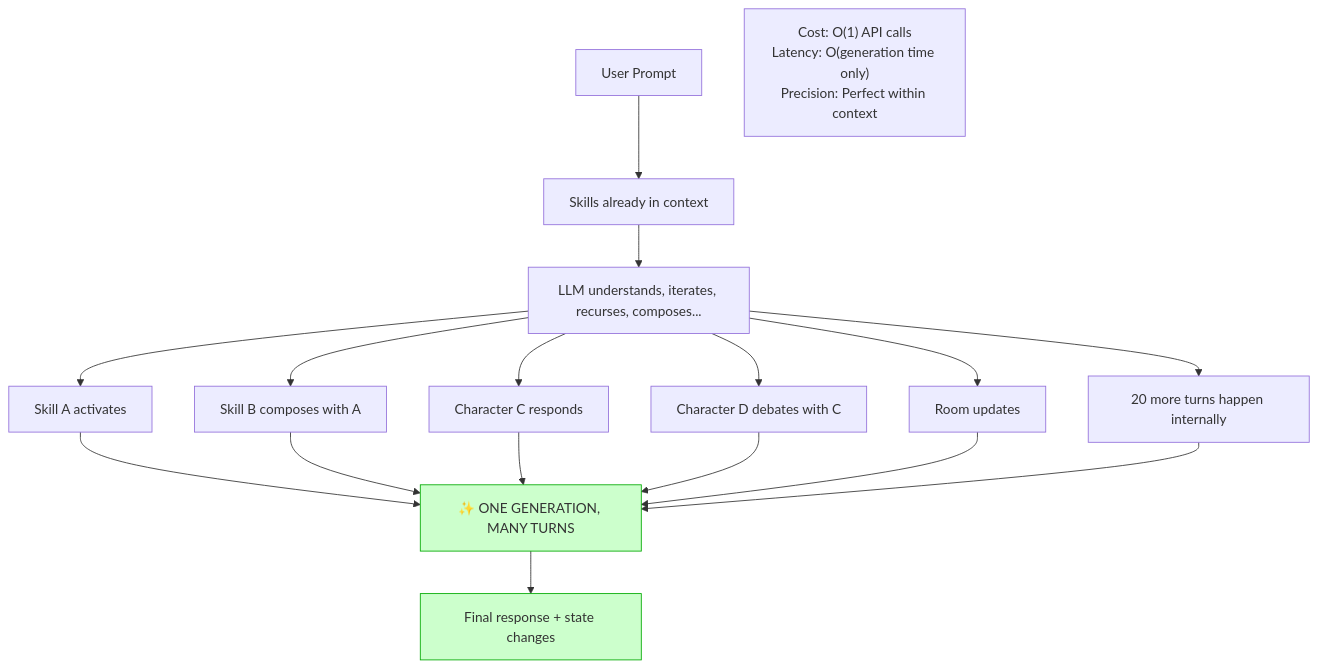
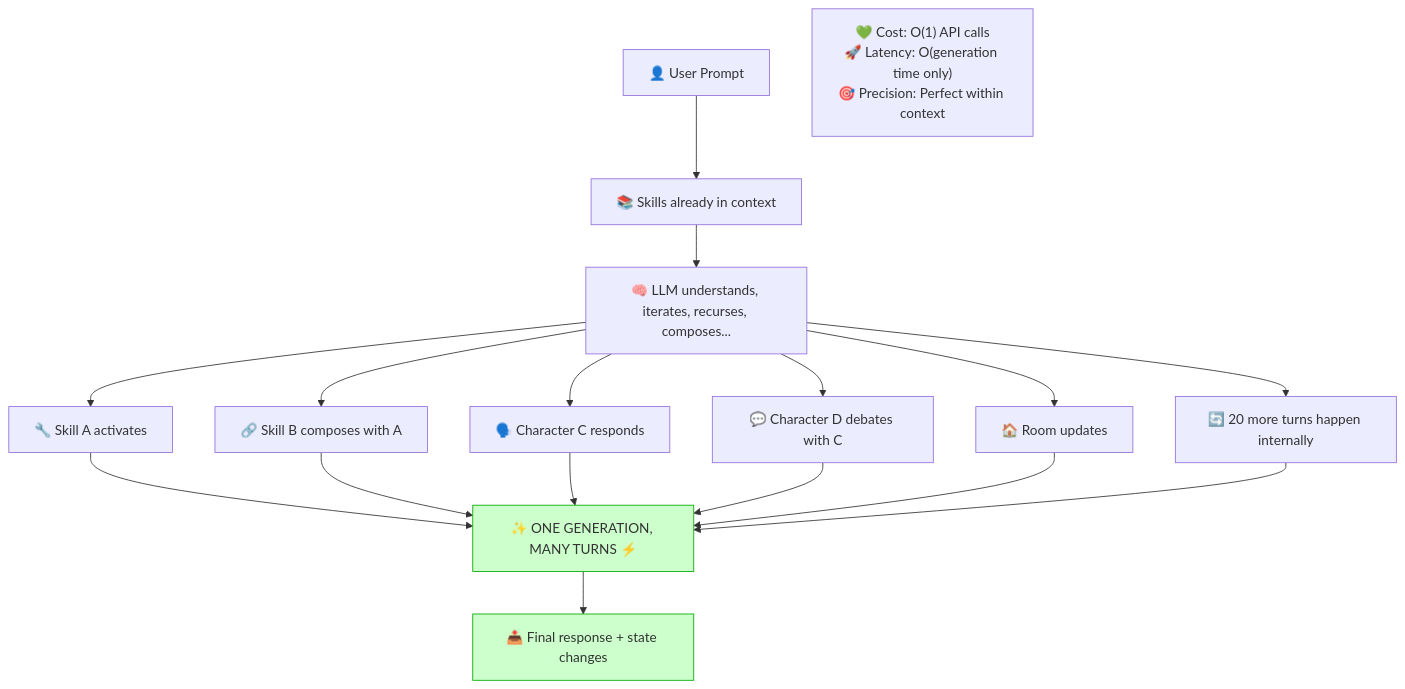
Before and after one commit to SimHacker/moollm: the fourth of 6 diagrams in designs/SPEED-OF-LIGHT-VS-CARRIER-PIGEON.md, drawn with Mermaid. The commit also changed other lines of this file, not shown here.

First line of the commit message:
Add emojis to mermaid diagrams for visual spice

````diff
--- a/designs/SPEED-OF-LIGHT-VS-CARRIER-PIGEON.md
+++ b/designs/SPEED-OF-LIGHT-VS-CARRIER-PIGEON.md
@@ -156,26 +156,26 @@
 ```mermaid
 flowchart TD
-    UP[User Prompt] --> CTX[Skills already in context]
-    CTX --> LLM["LLM understands, iterates, recurses, composes..."]
+    UP["👤 User Prompt"] --> CTX["📚 Skills already in context"]
+    CTX --> LLM["🧠 LLM understands, iterates, recurses, composes..."]
     
-    LLM --> A[Skill A activates]
-    LLM --> B[Skill B composes with A]
-    LLM --> C[Character C responds]
-    LLM --> D[Character D debates with C]
-    LLM --> R[Room updates]
-    LLM --> MORE[20 more turns happen internally]
+    LLM --> A["🔧 Skill A activates"]
+    LLM --> B["🔗 Skill B composes with A"]
+    LLM --> C["🗣️ Character C responds"]
+    LLM --> D["💬 Character D debates with C"]
+    LLM --> R["🏠 Room updates"]
+    LLM --> MORE["🔄 20 more turns happen internally"]
     
-    A --> ONE["✨ ONE GENERATION, MANY TURNS"]
+    A --> ONE["✨ ONE GENERATION, MANY TURNS ⚡"]
     B --> ONE
     C --> ONE
     D --> ONE
     R --> ONE
     MORE --> ONE
     
-    ONE --> OUT[Final response + state changes]
+    ONE --> OUT["📤 Final response + state changes"]
     
-    COST["Cost: O(1) API calls<br/>Latency: O(generation time only)<br/>Precision: Perfect within context"]
+    COST["💚 Cost: O(1) API calls<br/>🚀 Latency: O(generation time only)<br/>🎯 Precision: Perfect within context"]
     
     style ONE fill:#cfc,stroke:#0a0
     style OUT fill:#cfc,stroke:#0a0
 ```
````
